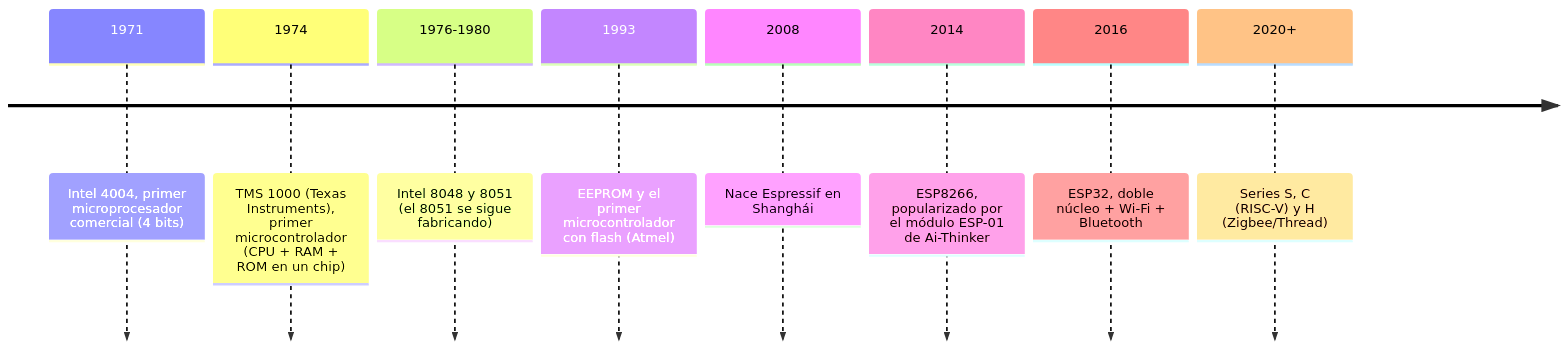
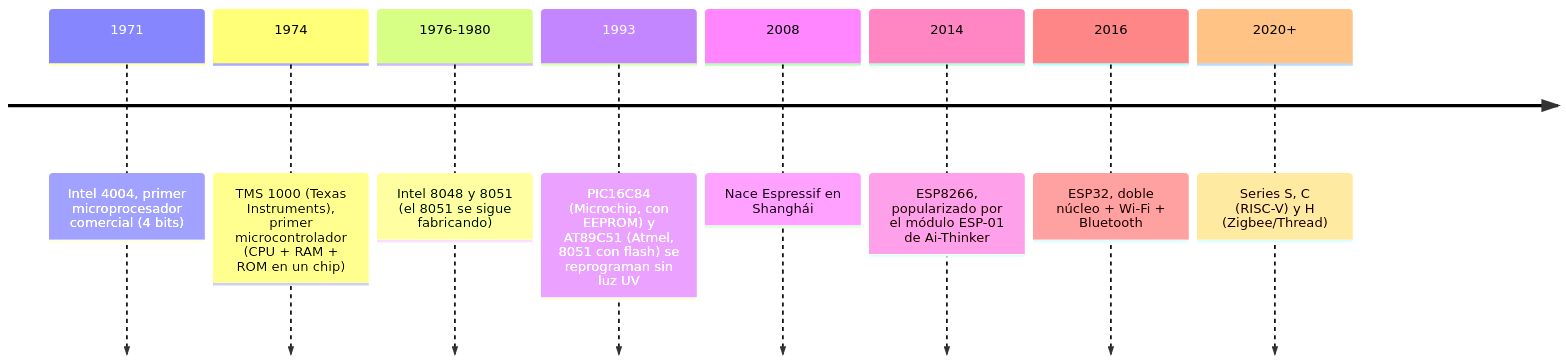
The first of 2 diagrams in 1-esp32-investigacion/README.md (Dathinel/Sensores-Teoria), drawn with Mermaid before and after one commit. The commit also changed other lines of this file and 72 other files, not shown here.

````diff
--- a/1-esp32-investigacion/README.md
+++ b/1-esp32-investigacion/README.md
@@ -25,11 +27,11 @@
 ```mermaid
 timeline
     1971 : Intel 4004, primer microprocesador comercial (4 bits)
     1974 : TMS 1000 (Texas Instruments), primer microcontrolador (CPU + RAM + ROM en un chip)
     1976-1980 : Intel 8048 y 8051 (el 8051 se sigue fabricando)
-    1993 : EEPROM y el primer microcontrolador con flash (Atmel)
+    1993 : PIC16C84 (Microchip, con EEPROM) y AT89C51 (Atmel, 8051 con flash) se reprograman sin luz UV
     2008 : Nace Espressif en Shanghái
     2014 : ESP8266, popularizado por el módulo ESP-01 de Ai-Thinker
     2016 : ESP32, doble núcleo + Wi-Fi + Bluetooth
     2020+ : Series S, C (RISC-V) y H (Zigbee/Thread)
 ```
````
